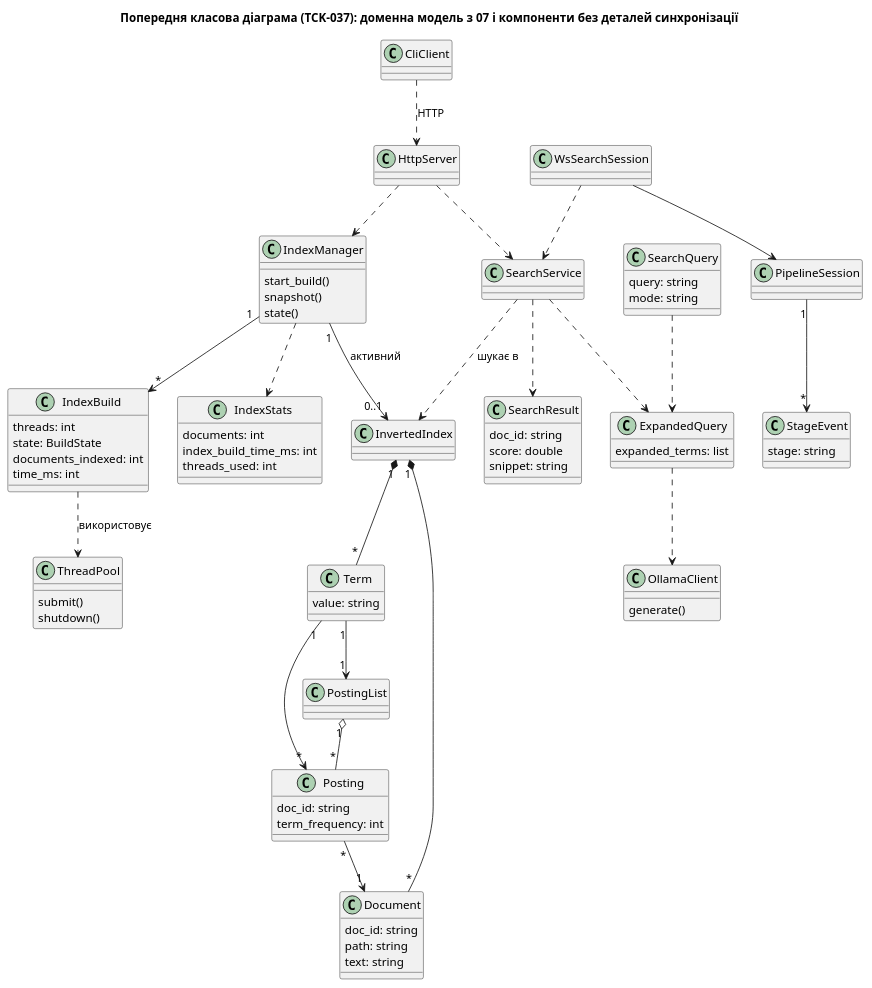
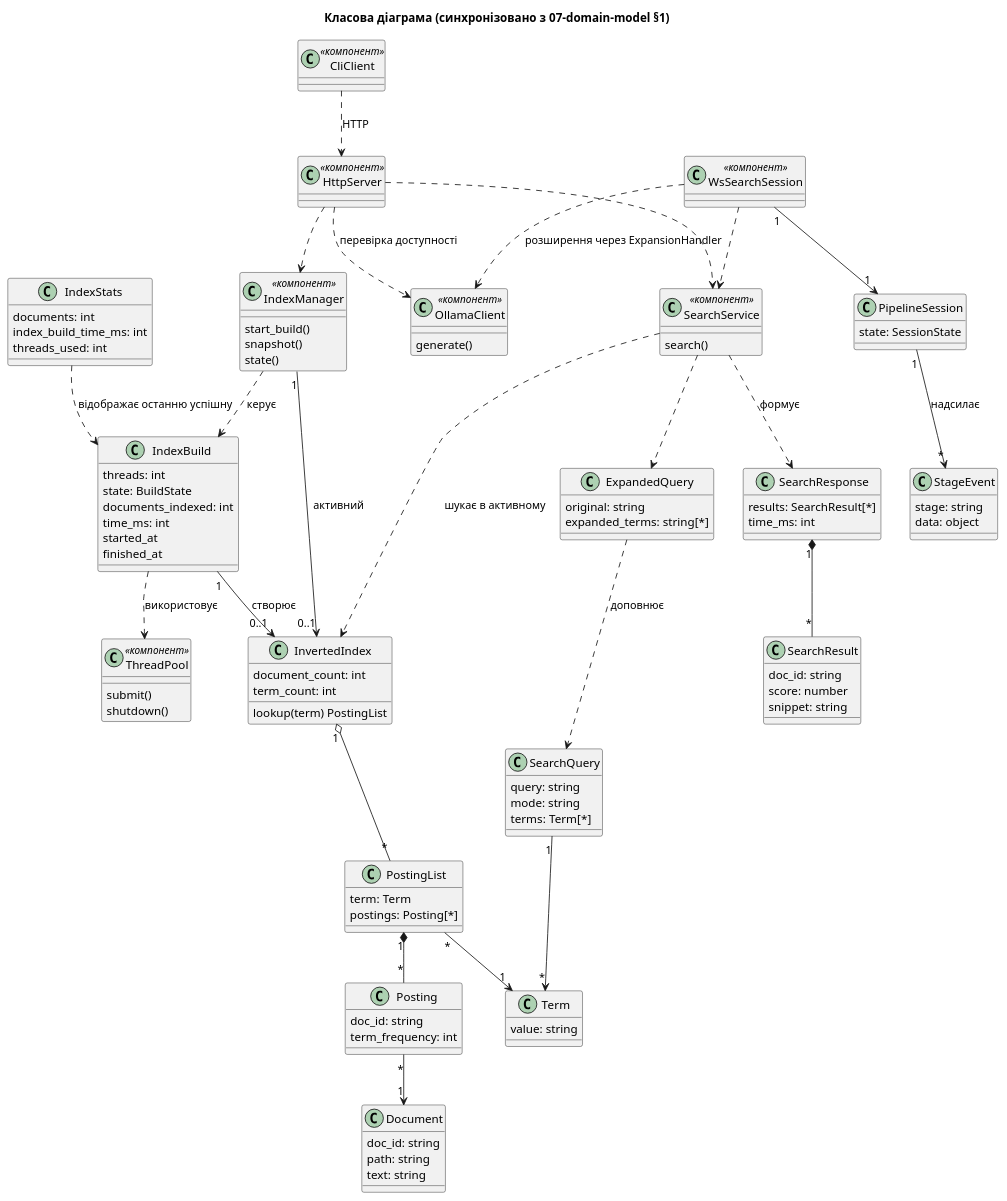
Before and after one commit to whatislavx/course_work_parallel_computing: the diagram in docs/architecture/uml/class.puml, drawn with PlantUML. The commit also changed 14 other files, not shown here.

First line of the commit message:
docs(architecture): fix sequence, class and use-case UML

```diff
--- a/docs/architecture/uml/class.puml
+++ b/docs/architecture/uml/class.puml
@@ -1,81 +1,109 @@
 @startuml class
-title Попередня класова діаграма (TCK-037): доменна модель з 07 і компоненти без деталей синхронізації
+title Класова діаграма (синхронізовано з 07-domain-model §1)
+
 class Document {
   doc_id: string
   path: string
   text: string
 }
 class Term {
   value: string
 }
 class Posting {
   doc_id: string
   term_frequency: int
 }
-class PostingList
-class InvertedIndex
+class PostingList {
+  term: Term
+  postings: Posting[*]
+}
+class InvertedIndex {
+  document_count: int
+  term_count: int
+  lookup(term) PostingList
+}
 class IndexBuild {
   threads: int
   state: BuildState
   documents_indexed: int
   time_ms: int
+  started_at
+  finished_at
 }
 class IndexStats {
   documents: int
   index_build_time_ms: int
   threads_used: int
 }
 class SearchQuery {
   query: string
   mode: string
+  terms: Term[*]
 }
 class ExpandedQuery {
-  expanded_terms: list
+  original: string
+  expanded_terms: string[*]
 }
 class SearchResult {
   doc_id: string
-  score: double
+  score: number
   snippet: string
 }
-class PipelineSession
+class SearchResponse {
+  results: SearchResult[*]
+  time_ms: int
+}
+class PipelineSession {
+  state: SessionState
+}
 class StageEvent {
   stage: string
+  data: object
 }
-class ThreadPool {
+
+class ThreadPool <<компонент>> {
   submit()
   shutdown()
 }
-class IndexManager {
+class IndexManager <<компонент>> {
   start_build()
   snapshot()
   state()
 }
-class SearchService
-class OllamaClient {
+class SearchService <<компонент>> {
+  search()
+}
+class OllamaClient <<компонент>> {
   generate()
 }
-class HttpServer
-class WsSearchSession
-class CliClient
-Term "1" --> "*" Posting
-Term "1" --> "1" PostingList
-PostingList "1" o-- "*" Posting
+class HttpServer <<компонент>>
+class WsSearchSession <<компонент>>
+class CliClient <<компонент>>
+
+InvertedIndex "1" o-- "*" PostingList
+PostingList "1" *-- "*" Posting
 Posting "*" --> "1" Document
-InvertedIndex "1" *-- "*" Term
-InvertedIndex "1" *-- "*" Document
+PostingList "*" --> "1" Term
+SearchQuery "1" --> "*" Term
+ExpandedQuery ..> SearchQuery : доповнює
+SearchResponse "1" *-- "*" SearchResult
+PipelineSession "1" --> "*" StageEvent : надсилає
+
+IndexBuild "1" --> "0..1" InvertedIndex : створює
+IndexStats ..> IndexBuild : відображає останню успішну
 IndexManager "1" --> "0..1" InvertedIndex : активний
-IndexManager "1" --> "*" IndexBuild
-IndexManager ..> IndexStats
+IndexManager ..> IndexBuild : керує
 IndexBuild ..> ThreadPool : використовує
-SearchService ..> InvertedIndex : шукає в
+
+SearchService ..> InvertedIndex : шукає в активному
 SearchService ..> ExpandedQuery
-SearchService ..> SearchResult
-SearchQuery ..> ExpandedQuery
-ExpandedQuery ..> OllamaClient
-PipelineSession "1" --> "*" StageEvent
-WsSearchSession --> PipelineSession
+SearchService ..> SearchResponse : формує
+
+WsSearchSession "1" --> "1" PipelineSession
 WsSearchSession ..> SearchService
+WsSearchSession ..> OllamaClient : розширення через ExpansionHandler
 HttpServer ..> IndexManager
 HttpServer ..> SearchService
+HttpServer ..> OllamaClient : перевірка доступності
 CliClient ..> HttpServer : HTTP
 @enduml
```
